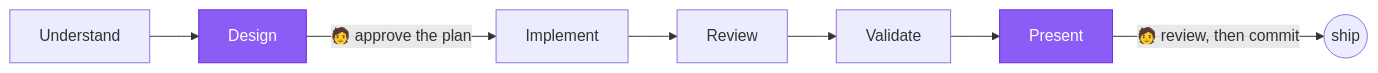
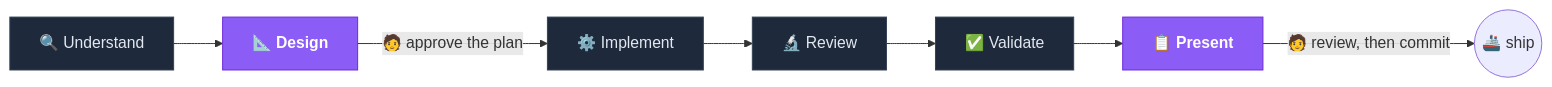
Before and after one commit to jaylordibe/claude-engineering-framework: the diagram in README.md, drawn with Mermaid. The commit also changed other lines of this file, not shown here.

````diff
--- a/README.md
+++ b/README.md
@@ -53,11 +70,13 @@
 ```mermaid
 flowchart LR
-    U[Understand] --> D[Design]
-    D -->|🧑 approve the plan| I[Implement]
-    I --> R[Review]
-    R --> V[Validate]
-    V --> P[Present]
-    P -->|🧑 review, then commit| Done((ship))
-    classDef stop fill:#8b5cf6,stroke:#6d28d9,color:#fff;
+    U[🔍 Understand] --> D[📐 Design]
+    D -->|🧑 approve the plan| I[⚙️ Implement]
+    I --> R[🔬 Review]
+    R --> V[✅ Validate]
+    V --> P[📋 Present]
+    P -->|🧑 review, then commit| Done((🚢 ship))
+    classDef stop fill:#8b5cf6,stroke:#6d28d9,color:#fff,font-weight:bold;
+    classDef flow fill:#1e293b,stroke:#334155,color:#e2e8f0;
     class D,P stop
+    class U,I,R,V flow
 ```
````
